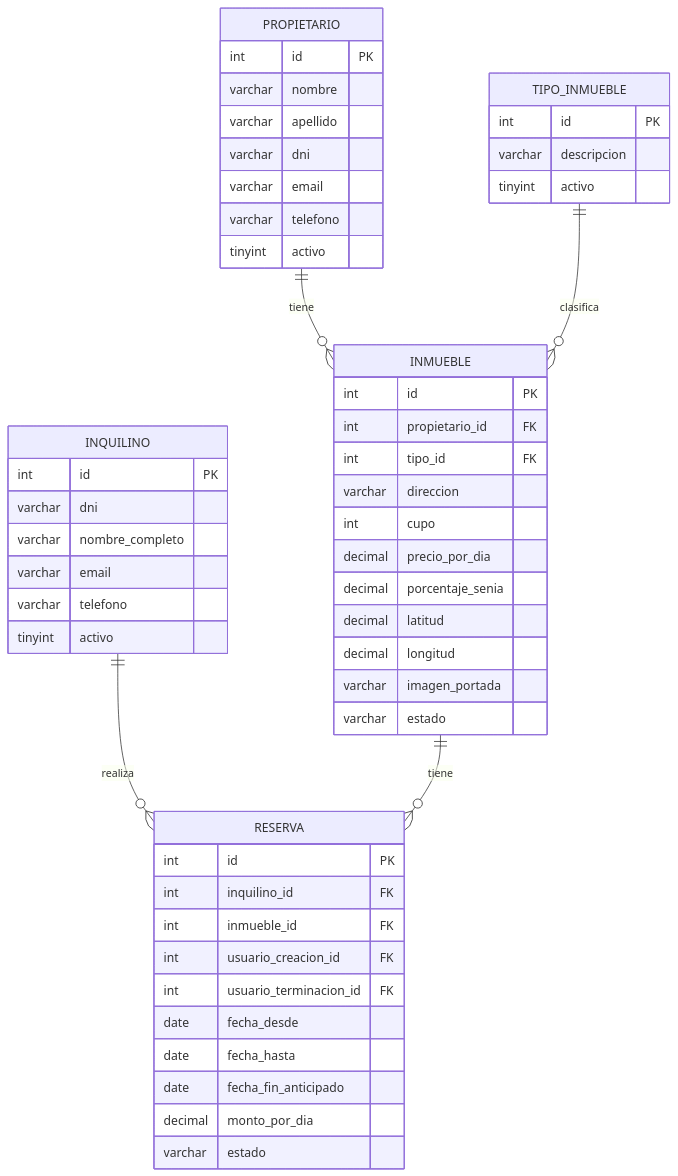
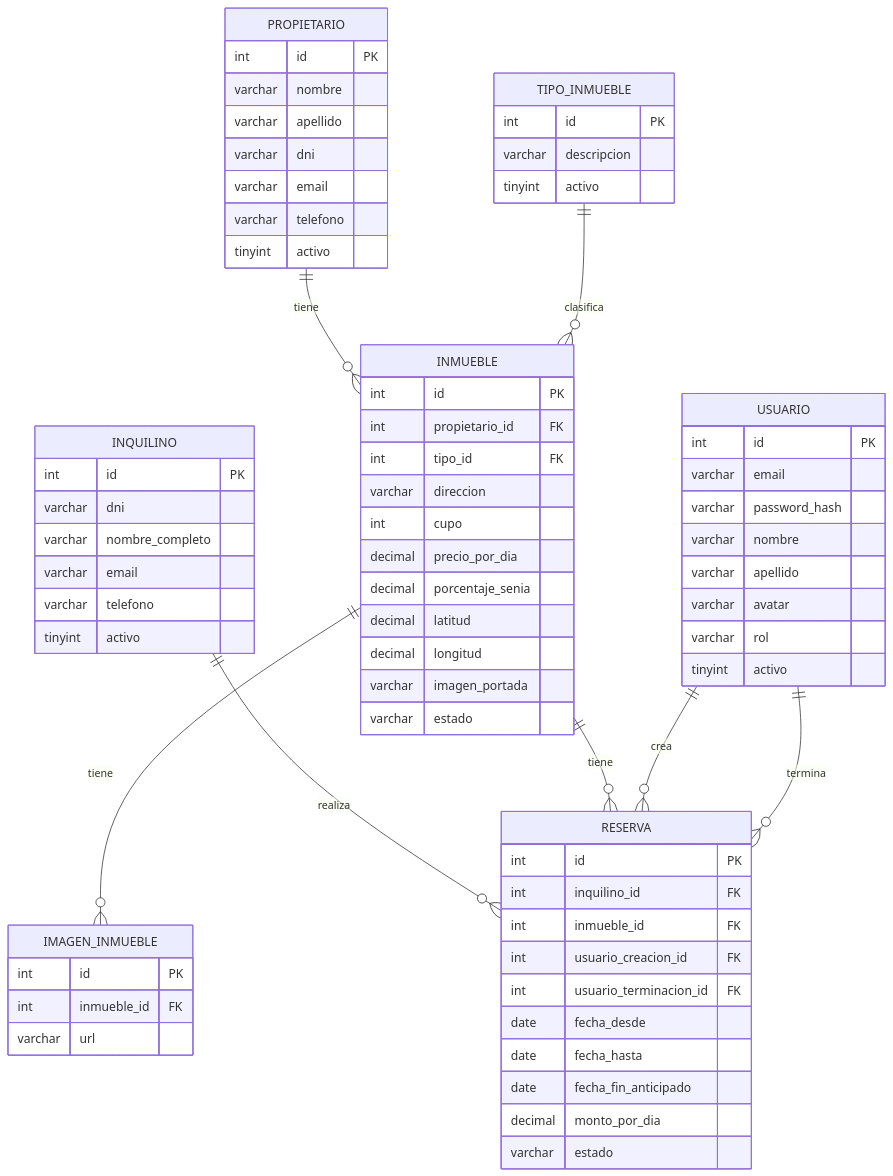
Before and after one commit to EmanuelAngel/inmobiliaria-angel: the diagram in README.md, drawn with Mermaid. The commit also changed other lines of this file, not shown here.

Commit message:
docs(readme): agregar credenciales semilla y actualizar der con usuarios e imagenes

````diff
--- a/README.md
+++ b/README.md
@@ -94,59 +104,79 @@
 ```mermaid
 erDiagram
     PROPIETARIO {
         int id PK
         varchar nombre
         varchar apellido
         varchar dni
         varchar email
         varchar telefono
         tinyint activo
     }
 
     INQUILINO {
         int id PK
         varchar dni
         varchar nombre_completo
         varchar email
         varchar telefono
         tinyint activo
     }
 
     TIPO_INMUEBLE {
         int id PK
         varchar descripcion
         tinyint activo
     }
 
     INMUEBLE {
         int id PK
         int propietario_id FK
         int tipo_id FK
         varchar direccion
         int cupo
         decimal precio_por_dia
         decimal porcentaje_senia
         decimal latitud
         decimal longitud
         varchar imagen_portada
         varchar estado
     }
 
+    IMAGEN_INMUEBLE {
+        int id PK
+        int inmueble_id FK
+        varchar url
+    }
+
+    USUARIO {
+        int id PK
+        varchar email
+        varchar password_hash
+        varchar nombre
+        varchar apellido
+        varchar avatar
+        varchar rol
+        tinyint activo
+    }
+
     RESERVA {
         int id PK
         int inquilino_id FK
         int inmueble_id FK
         int usuario_creacion_id FK
         int usuario_terminacion_id FK
         date fecha_desde
         date fecha_hasta
         date fecha_fin_anticipado
         decimal monto_por_dia
         varchar estado
     }
 
     PROPIETARIO ||--o{ INMUEBLE : "tiene"
     TIPO_INMUEBLE ||--o{ INMUEBLE : "clasifica"
+    INMUEBLE ||--o{ IMAGEN_INMUEBLE : "tiene"
     INQUILINO ||--o{ RESERVA : "realiza"
     INMUEBLE ||--o{ RESERVA : "tiene"
+    USUARIO ||--o{ RESERVA : "crea"
+    USUARIO ||--o{ RESERVA : "termina"
 ```
````
